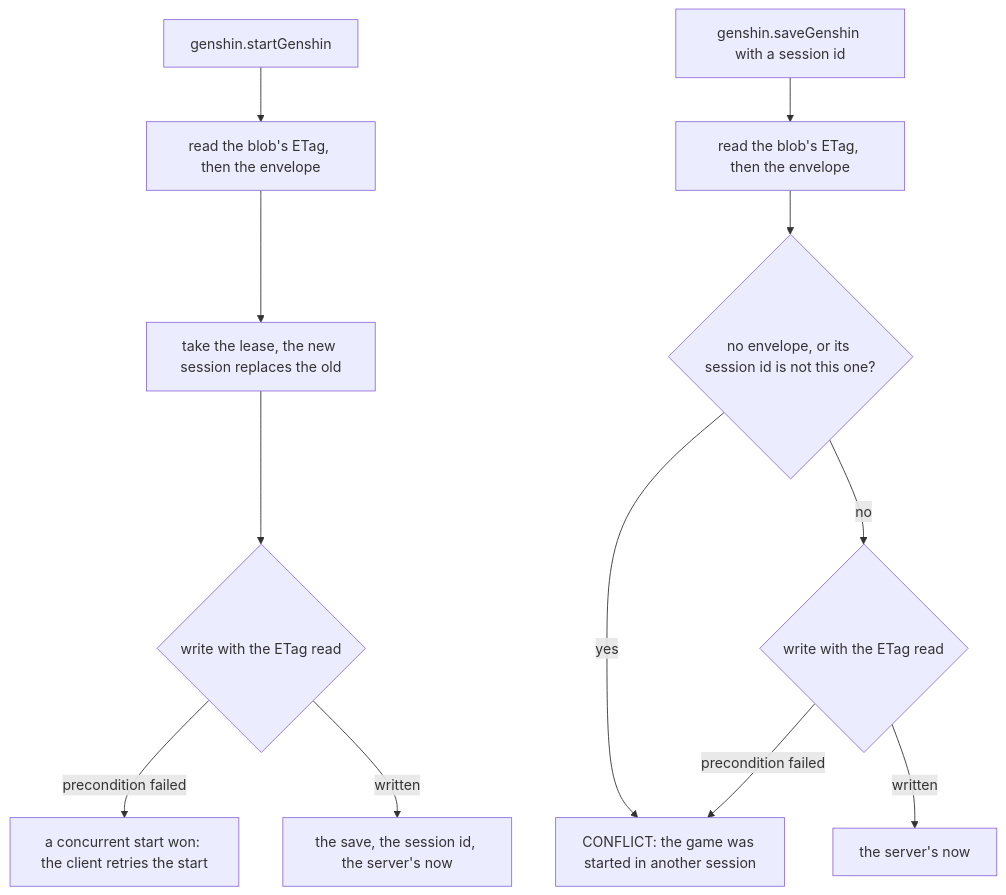
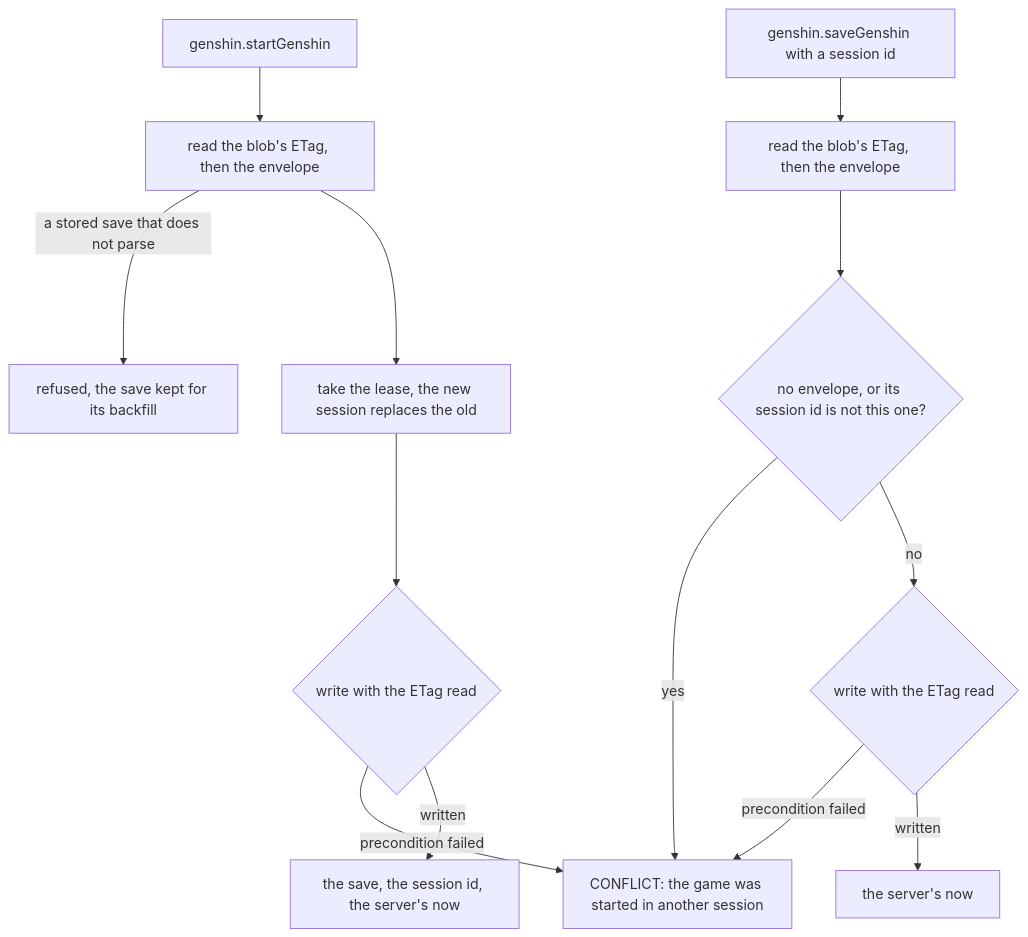
One commit to Esposter/Esposter changed the diagram in apps/web/content/docs/genshin/save-data.md. Above: the diagram before and after it, drawn with Mermaid. The commit also changed other lines of this file and 5 other files, not shown here.

First line of the commit message:
fix(genshin): a stored save that does not parse is refused rather than reset, and a start that loses a race is replaced

````diff
--- a/apps/web/content/docs/genshin/save-data.md
+++ b/apps/web/content/docs/genshin/save-data.md
@@ -12,14 +12,15 @@
 ```mermaid
 flowchart TD
   S["genshin.startGenshin"] --> R["read the blob's ETag, then the envelope"]
+  R -->|"a stored save that does not parse"| F["refused, the save kept for its backfill"]
   R --> L["take the lease, the new session replaces the old"]
   L --> W1{"write with the ETag read"}
-  W1 -->|"precondition failed"| X["a concurrent start won: the client retries the start"]
+  W1 -->|"precondition failed"| E
   W1 -->|"written"| O["the save, the session id, the server's now"]
   V["genshin.saveGenshin with a session id"] --> R2["read the blob's ETag, then the envelope"]
   R2 --> C{"no envelope, or its session id is not this one?"}
   C -->|"yes"| E["CONFLICT: the game was started in another session"]
   C -->|"no"| W2{"write with the ETag read"}
   W2 -->|"precondition failed"| E
   W2 -->|"written"| N["the server's now"]
 ```
````
